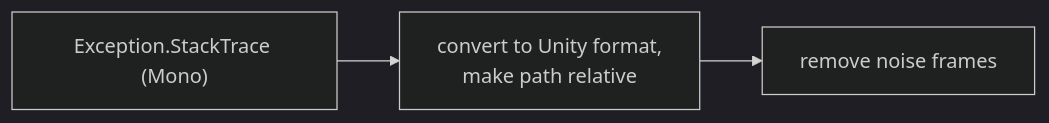
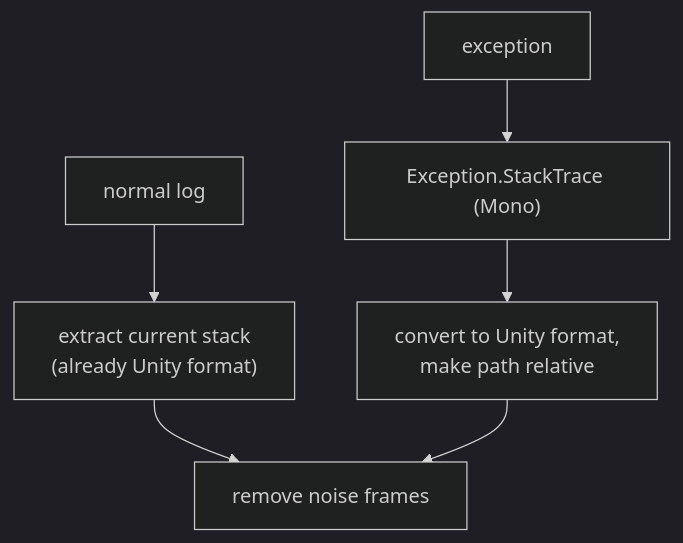
Before and after one commit to Appegy/UniLogger: the fifth of 6 diagrams in docs/logging-pipeline.md, drawn with Mermaid (dark theme). The commit also changed other lines of this file, not shown here.

Commit message:
docs: merge stack-trace diagrams and trim noise-filter detail

````diff
--- a/docs/logging-pipeline.md
+++ b/docs/logging-pipeline.md
@@ -162,4 +154,8 @@
 ```mermaid
-flowchart LR
-    E1["Exception.StackTrace (Mono)"] --> E2["convert to Unity format,<br/>make path relative"] --> E3["remove noise frames"]
+flowchart TD
+    L["normal log"] --> N1["extract current stack<br/>(already Unity format)"]
+    E["exception"] --> E1["Exception.StackTrace (Mono)"]
+    E1 --> E2["convert to Unity format,<br/>make path relative"]
+    N1 --> CLEAN["remove noise frames"]
+    E2 --> CLEAN
 ```
````
